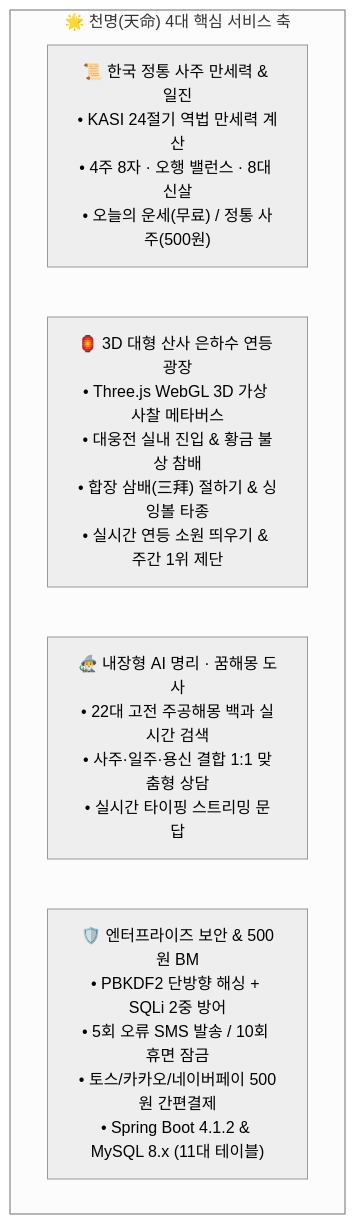
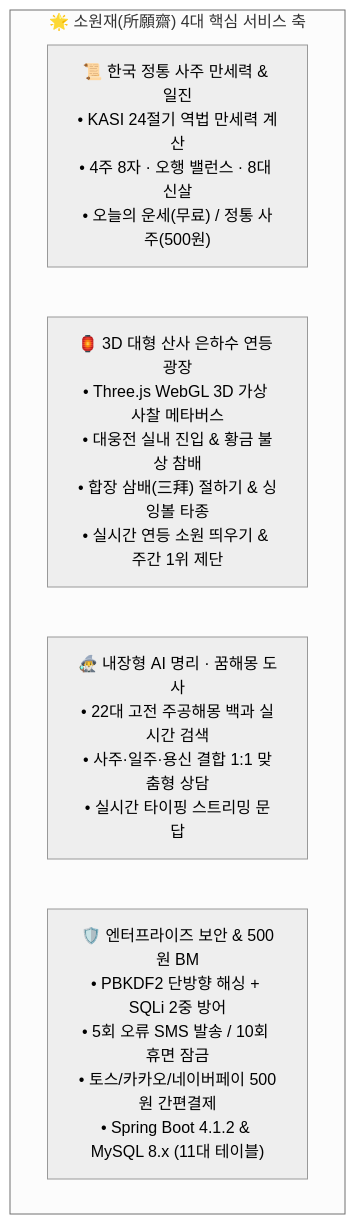
The first of 6 diagrams in README.md (minjae0529-blip/Daily-Fortune), drawn with Mermaid (neutral theme) before and after one commit. The commit also changed other lines of this file and 13 other files, not shown here.

Commit message:
feat(rebrand): rename service to Sowonjae (소원재 所願齋), update render.yaml, and fix desktop/mobile typography & overflow

````diff
--- a/README.md
+++ b/README.md
@@ -45,9 +45,9 @@
 ```mermaid
 flowchart TD
-    subgraph Core ["🌟 천명(天命) 4대 핵심 서비스 축"]
+    subgraph Core ["🌟 소원재(所願齋) 4대 핵심 서비스 축"]
         M1["📜 한국 정통 사주 만세력 & 일진<br/>• KASI 24절기 역법 만세력 계산<br/>• 4주 8자 · 오행 밸런스 · 8대 신살<br/>• 오늘의 운세(무료) / 정통 사주(500원)"]
         M2["🏮 3D 대형 산사 은하수 연등 광장<br/>• Three.js WebGL 3D 가상 사찰 메타버스<br/>• 대웅전 실내 진입 & 황금 불상 참배<br/>• 합장 삼배(三拜) 절하기 & 싱잉볼 타종<br/>• 실시간 연등 소원 띄우기 & 주간 1위 제단"]
         M3["🧙‍♂️ 내장형 AI 명리 · 꿈해몽 도사<br/>• 22대 고전 주공해몽 백과 실시간 검색<br/>• 사주·일주·용신 결합 1:1 맞춤형 상담<br/>• 실시간 타이핑 스트리밍 문답"]
         M4["🛡️ 엔터프라이즈 보안 & 500원 BM<br/>• PBKDF2 단방향 해싱 + SQLi 2중 방어<br/>• 5회 오류 SMS 발송 / 10회 휴면 잠금<br/>• 토스/카카오/네이버페이 500원 간편결제<br/>• Spring Boot 4.1.2 & MySQL 8.x (11대 테이블)"]
     end
 ```
````
